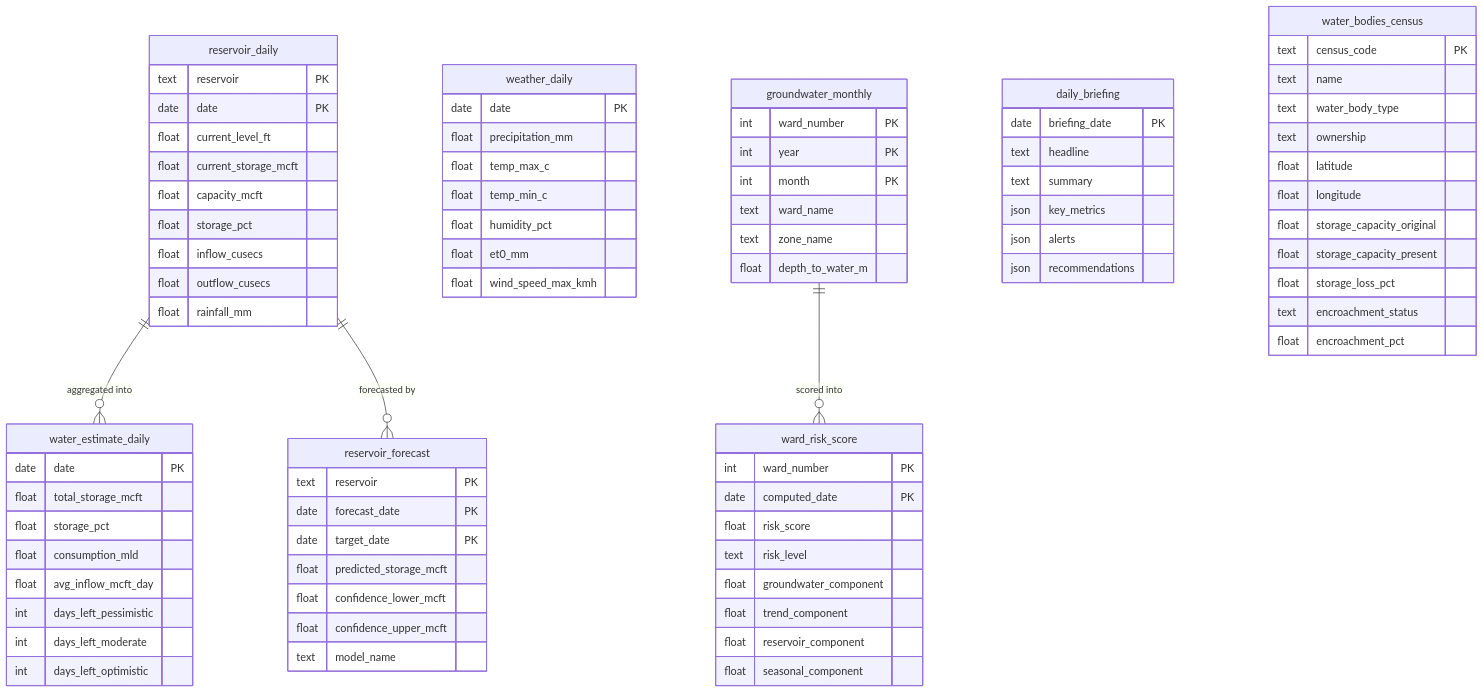
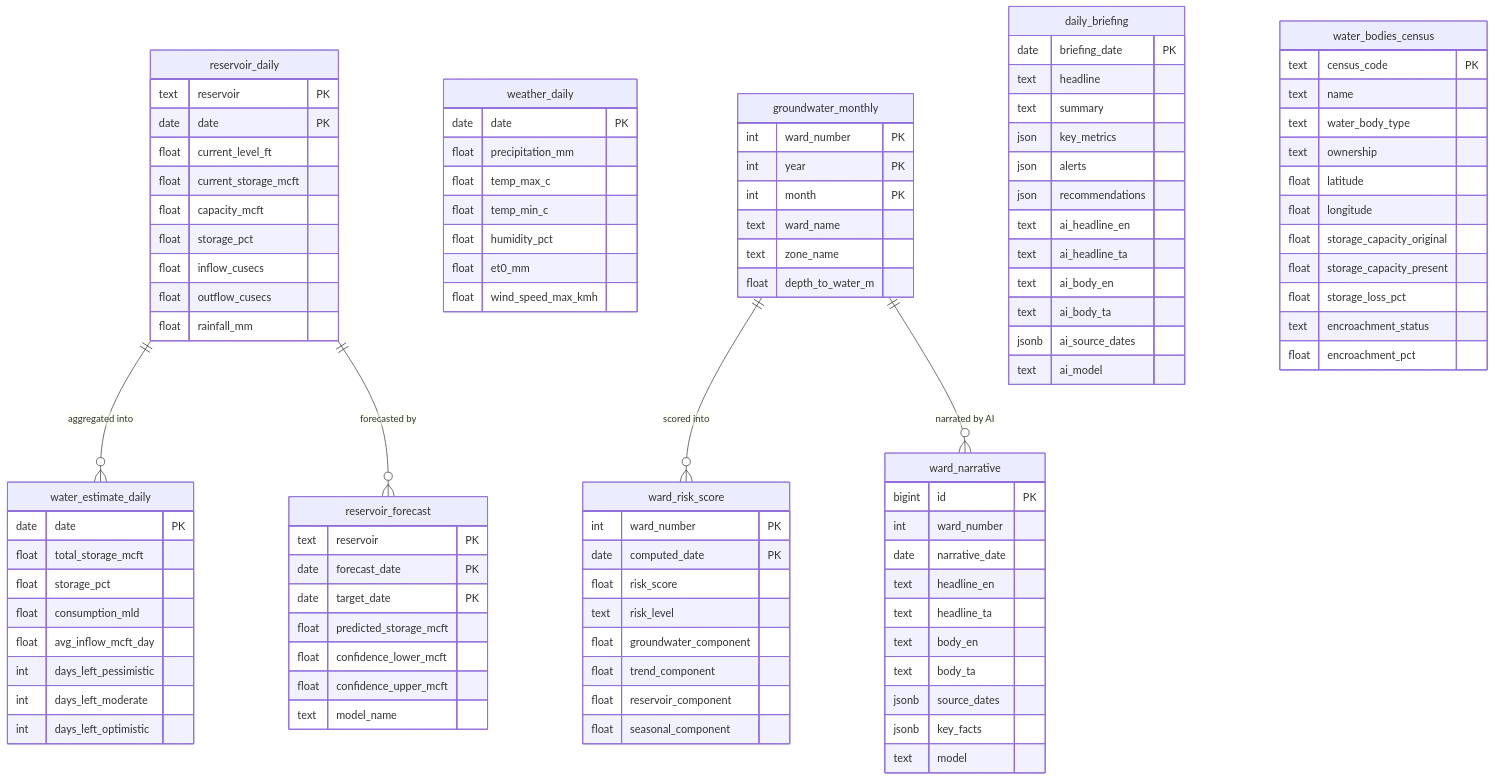
Before and after one commit to SundareshPrasanna/neer-vazhvu: the third of 5 diagrams in ARCHITECTURE.md, drawn with Mermaid. The commit also changed other lines of this file and 28 other files, not shown here.

````diff
--- a/ARCHITECTURE.md
+++ b/ARCHITECTURE.md
@@ -187,6 +204,12 @@
         json key_metrics
         json alerts
         json recommendations
+        text ai_headline_en
+        text ai_headline_ta
+        text ai_body_en
+        text ai_body_ta
+        jsonb ai_source_dates
+        text ai_model
     }
 
     water_bodies_census {
@@ -203,7 +226,21 @@
         float encroachment_pct
     }
 
+    ward_narrative {
+        bigint id PK
+        int ward_number
+        date narrative_date
+        text headline_en
+        text headline_ta
+        text body_en
+        text body_ta
+        jsonb source_dates
+        jsonb key_facts
+        text model
+    }
+
     reservoir_daily ||--o{ water_estimate_daily : "aggregated into"
     reservoir_daily ||--o{ reservoir_forecast : "forecasted by"
     groundwater_monthly ||--o{ ward_risk_score : "scored into"
+    groundwater_monthly ||--o{ ward_narrative : "narrated by AI"
 ```
````
